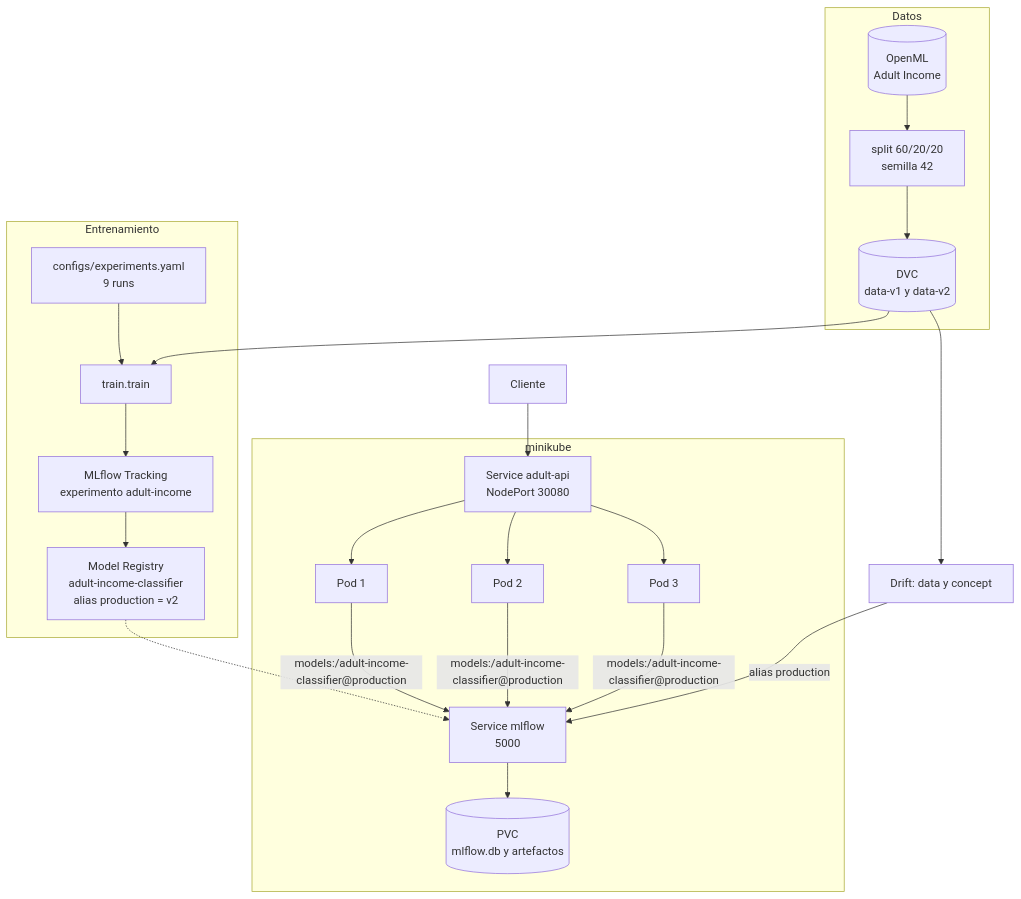
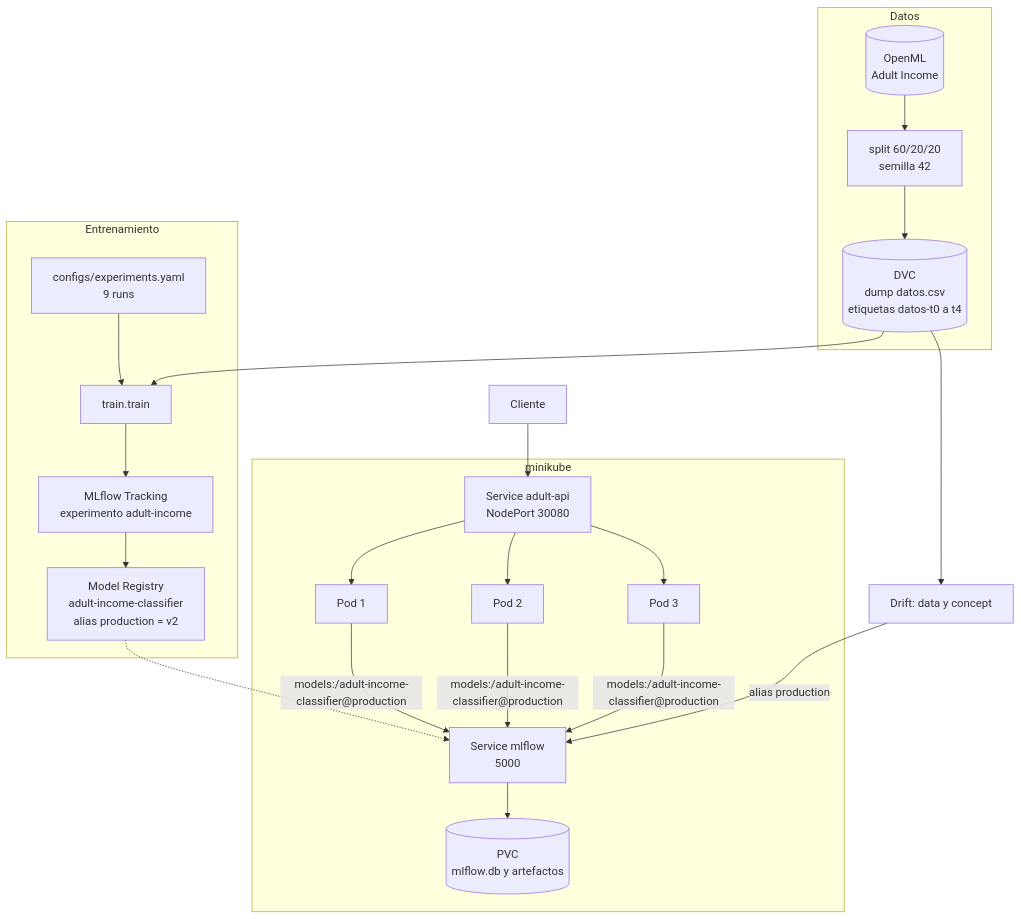
The first of 2 diagrams in docs/arquitectura.md (AcademicHumber/proyecto-final-mlops), drawn with Mermaid before and after one commit. The commit also changed other lines of this file and 12 other files, not shown here.

````diff
--- a/docs/arquitectura.md
+++ b/docs/arquitectura.md
@@ -30,28 +30,28 @@
 ```mermaid
 flowchart TB
     subgraph Datos
         O[(OpenML<br/>Adult Income)] --> SP["split 60/20/20<br/>semilla 42"]
-        SP --> DV[("DVC<br/>data-v1 y data-v2")]
+        SP --> DV[("DVC<br/>dump datos.csv<br/>etiquetas datos-t0 a t4")]
     end
 
     subgraph Entrenamiento
         Y["configs/experiments.yaml<br/>9 runs"] --> TR[train.train]
         DV --> TR
         TR --> ML["MLflow Tracking<br/>experimento adult-income"]
         ML --> RG["Model Registry<br/>adult-income-classifier<br/>alias production = v2"]
     end
 
     subgraph minikube
         SVC["Service adult-api<br/>NodePort 30080"] --> P1[Pod 1]
         SVC --> P2[Pod 2]
         SVC --> P3[Pod 3]
         MS["Service mlflow<br/>5000"] --> PV[("PVC<br/>mlflow.db y artefactos")]
     end
 
     RG -.-> MS
     P1 & P2 & P3 -->|"models:/adult-income-classifier@production"| MS
 
     CL[Cliente] --> SVC
     DV --> DR["Drift: data y concept"]
     DR -->|"alias production"| MS
 ```
````
